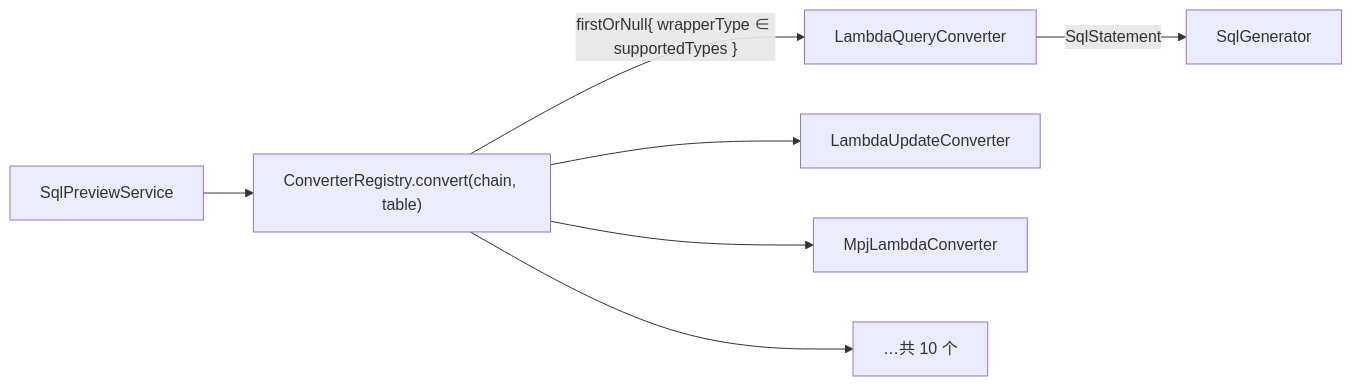
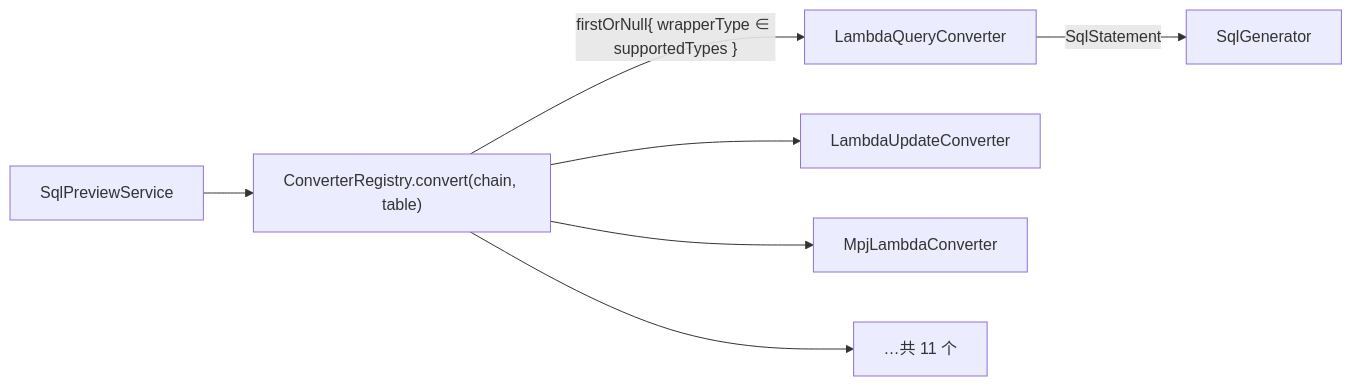
Before and after one commit to SongRenShuo/mybatis-plus-sql-visualizer: the fifth of 5 diagrams in docs/架构设计/01-项目架构总览.md, drawn with Mermaid. The commit also changed other lines of this file and 204 other files, not shown here.

````diff
--- a/docs/架构设计/01-项目架构总览.md
+++ b/docs/架构设计/01-项目架构总览.md
@@ -317,9 +329,9 @@
 ```mermaid
 flowchart LR
     S["SqlPreviewService"] --> R["ConverterRegistry.convert(chain, table)"]
     R -->|"firstOrNull{ wrapperType ∈ supportedTypes }"| C1["LambdaQueryConverter"]
     R --> C2["LambdaUpdateConverter"]
     R --> C3["MpjLambdaConverter"]
-    R --> C4["…共 10 个"]
+    R --> C4["…共 11 个"]
     C1 -->|"SqlStatement"| G["SqlGenerator"]
 ```
````
